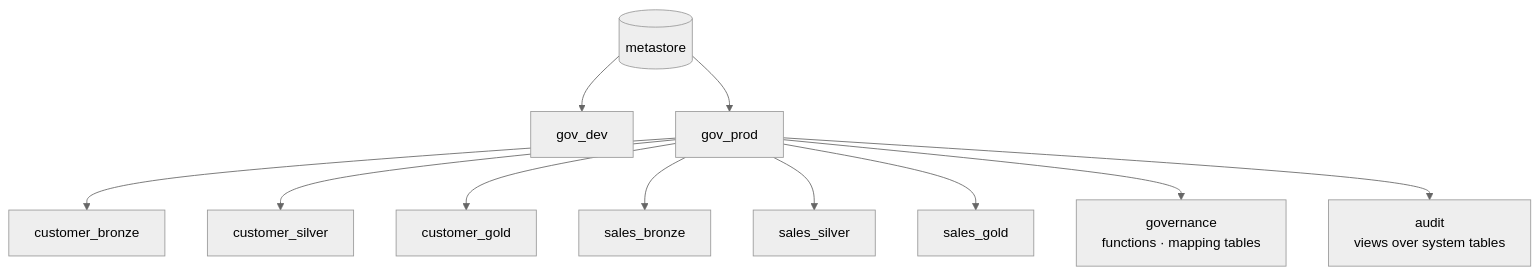
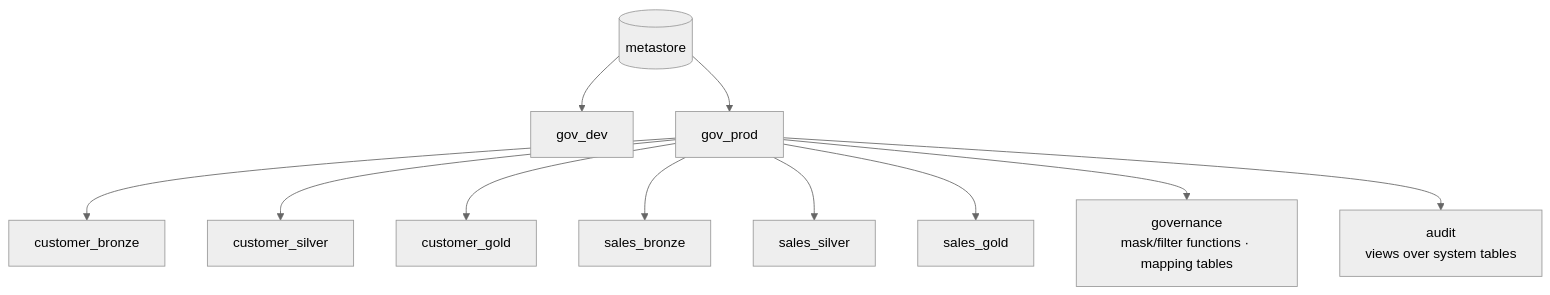
Before and after one commit to felipecastro-data/lakehouse-governance-as-code: the second of 3 diagrams in docs/architecture.md, drawn with Mermaid (neutral theme). The commit also changed other lines of this file and 30 other files, not shown here.

````diff
--- a/docs/architecture.md
+++ b/docs/architecture.md
@@ -39,9 +39,9 @@
 ```mermaid
 flowchart TB
     M[(metastore)] --> DEV[gov_dev]
     M --> PROD[gov_prod]
     PROD --> CB[customer_bronze] & CS[customer_silver] & CG[customer_gold]
     PROD --> SB[sales_bronze] & SS[sales_silver] & SG[sales_gold]
-    PROD --> GOV[governance<br/>functions · mapping tables]
+    PROD --> GOV[governance<br/>mask/filter functions · mapping tables]
     PROD --> AUD[audit<br/>views over system tables]
 ```
````
